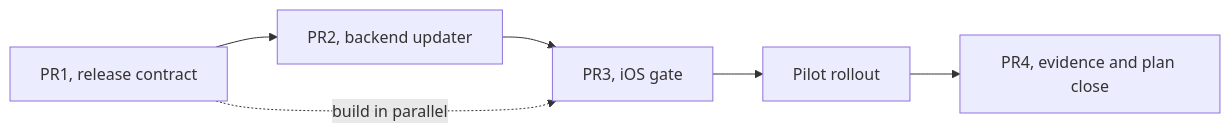
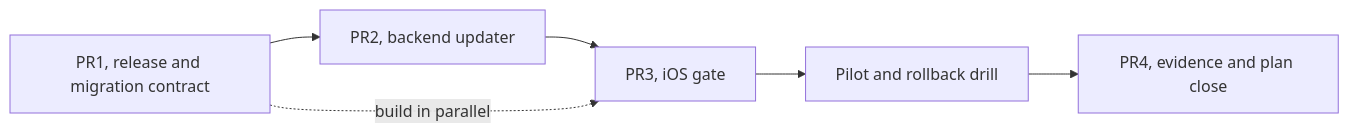
Before and after one commit to sibling-shipyard/coach-hq: the second of 2 diagrams in docs/plans/platform-athlete-repo-updates-v1.md, drawn with Mermaid. The commit also changed other lines of this file and 1 other file, not shown here.

Commit message:
core: harden repo update plan and migrations (#327)

````diff
--- a/docs/plans/platform-athlete-repo-updates-v1.md
+++ b/docs/plans/platform-athlete-repo-updates-v1.md
@@ -91,5 +118,5 @@
 ```mermaid
 flowchart LR
-  pr1["PR1, release contract"] --> pr2["PR2, backend updater"] --> pr3["PR3, iOS gate"] --> live["Pilot rollout"] --> pr4["PR4, evidence and plan close"]
+  pr1["PR1, release and migration contract"] --> pr2["PR2, backend updater"] --> pr3["PR3, iOS gate"] --> live["Pilot and rollback drill"] --> pr4["PR4, evidence and plan close"]
   pr1 -.->|build in parallel| pr3
 ```
````
